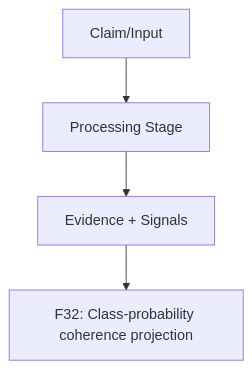
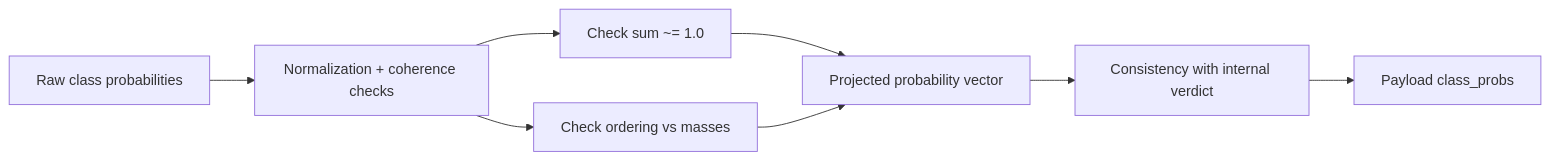
The sixth of 8 diagrams in methodology/figures/05-verdict-policy-and-calibration-pack.md (Luxia-AI/docs), drawn with Mermaid before and after one commit. The commit also changed other lines of this file and 9 other files, not shown here.

First line of the commit message:
Refactor methodology figures with updated Mermaid diagrams and enhanced clarity across multiple packs. Key changes include:

````diff
--- a/methodology/figures/05-verdict-policy-and-calibration-pack.md
+++ b/methodology/figures/05-verdict-policy-and-calibration-pack.md
@@ -154,6 +180,10 @@
 ```mermaid
-flowchart TD
-    A[Claim/Input] --> B[Processing Stage]
-    B --> C[Evidence + Signals]
-    C --> D[F32: Class-probability coherence projection]
+flowchart LR
+  R[Raw class probabilities] --> N[Normalization + coherence checks]
+  N --> C1[Check sum ~= 1.0]
+  N --> C2[Check ordering vs masses]
+  C1 --> P[Projected probability vector]
+  C2 --> P
+  P --> V[Consistency with internal verdict]
+  V --> O[Payload class_probs]
 ```
````
